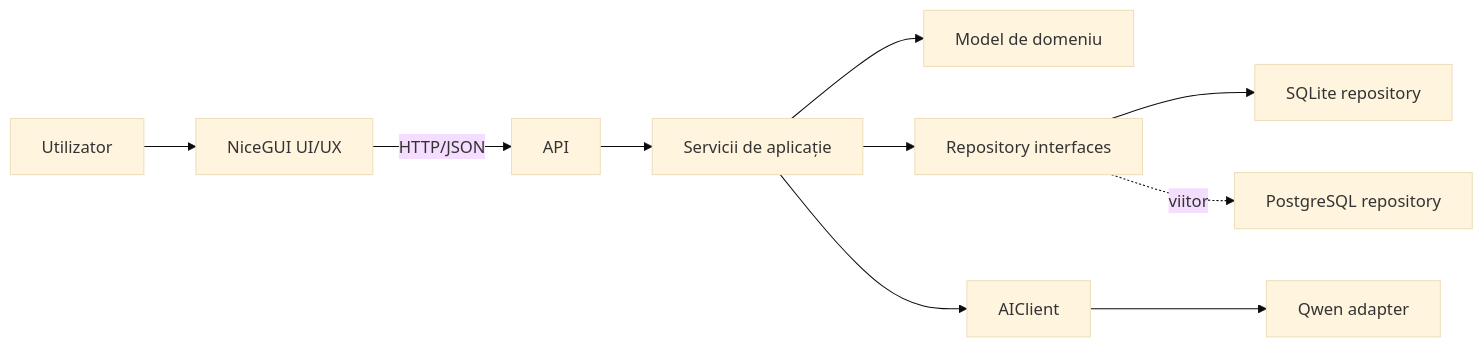
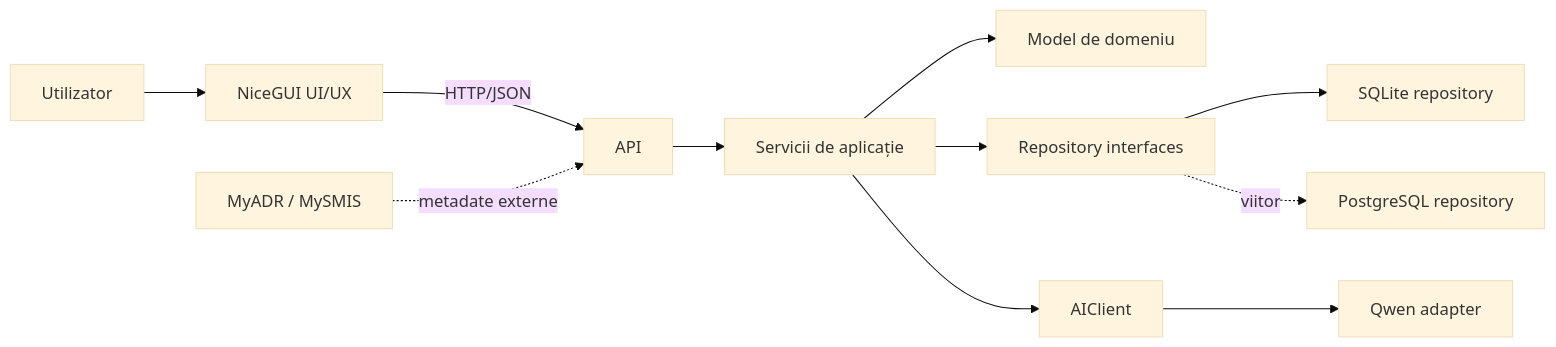
One commit to lupumihnea/chiatraton-adr-nord-est changed the diagram in docs/architecture.md. Above: the diagram before and after it, drawn with Mermaid (base theme). The commit also changed other lines of this file and 26 other files, not shown here.

````diff
--- a/docs/architecture.md
+++ b/docs/architecture.md
@@ -7,12 +7,13 @@
 ```mermaid
 flowchart LR
     U[Utilizator] --> UI[NiceGUI UI/UX]
     UI -->|HTTP/JSON| API[API]
+    EXT[MyADR / MySMIS] -. metadate externe .-> API
     API --> APP[Servicii de aplicație]
     APP --> DOMAIN[Model de domeniu]
     APP --> RI[Repository interfaces]
     RI --> SQLA[SQLite repository]
     RI -. viitor .-> PGA[PostgreSQL repository]
     APP --> AIC[AIClient]
     AIC --> QW[Qwen adapter]
 ```
````
